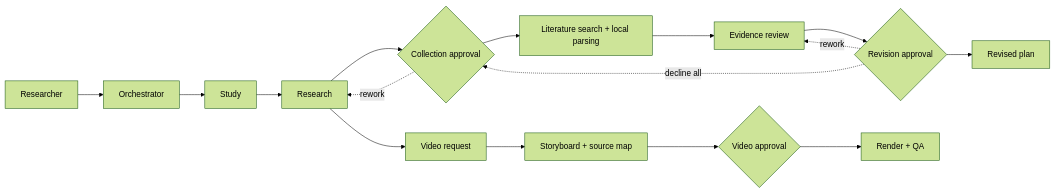
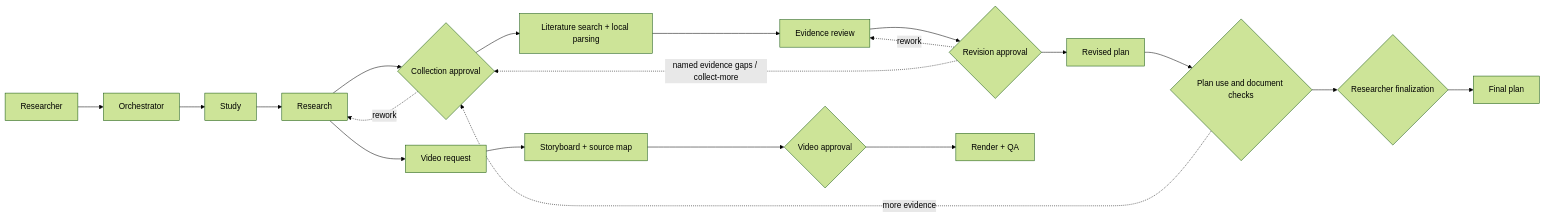
Before and after one commit to yangyeontae-blip/research-orchestrator-kit: the diagram in docs/ARCHITECTURE.md, drawn with Mermaid (forest theme). The commit also changed other lines of this file and 14 other files, not shown here.

Commit message:
Add focused evidence collection and researcher finalization

````diff
--- a/docs/ARCHITECTURE.md
+++ b/docs/ARCHITECTURE.md
@@ -5,18 +5,22 @@
 ```mermaid
 flowchart LR
   U[Researcher] --> O[Orchestrator]
   G1 -. rework .-> R
   G2 -. rework .-> R2
-  G2 -. decline all .-> G1
+  G2 -. named evidence gaps / collect-more .-> G1
   O --> S[Study]
   S --> R[Research]
   R --> G1{Collection approval}
   G1 --> L[Literature search + local parsing]
   L --> R2[Evidence review]
   R2 --> G2{Revision approval}
   G2 --> RV[Revised plan]
+  RV --> UF{Plan use and document checks}
+  UF --> G4{Researcher finalization}
+  G4 --> F[Final plan]
+  UF -. more evidence .-> G1
   R --> VR[Video request]
   VR --> V1[Storyboard + source map]
   V1 --> G3{Video approval}
   G3 --> V2[Render + QA]
 ```
````
